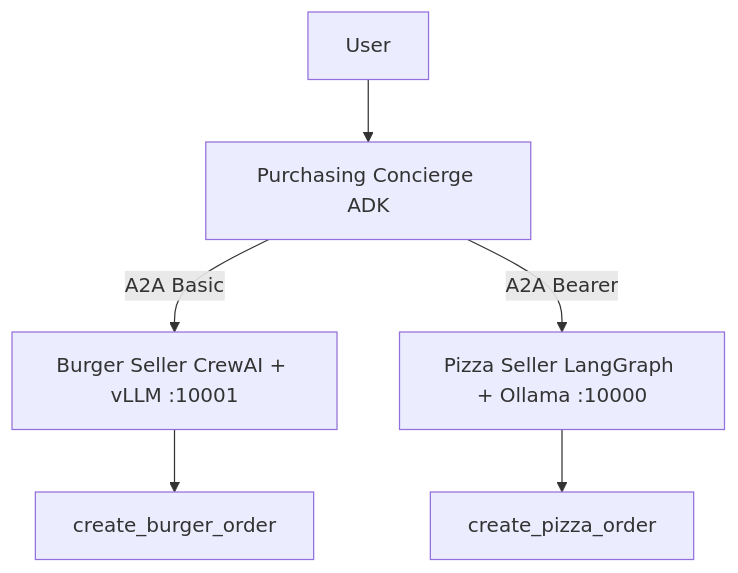
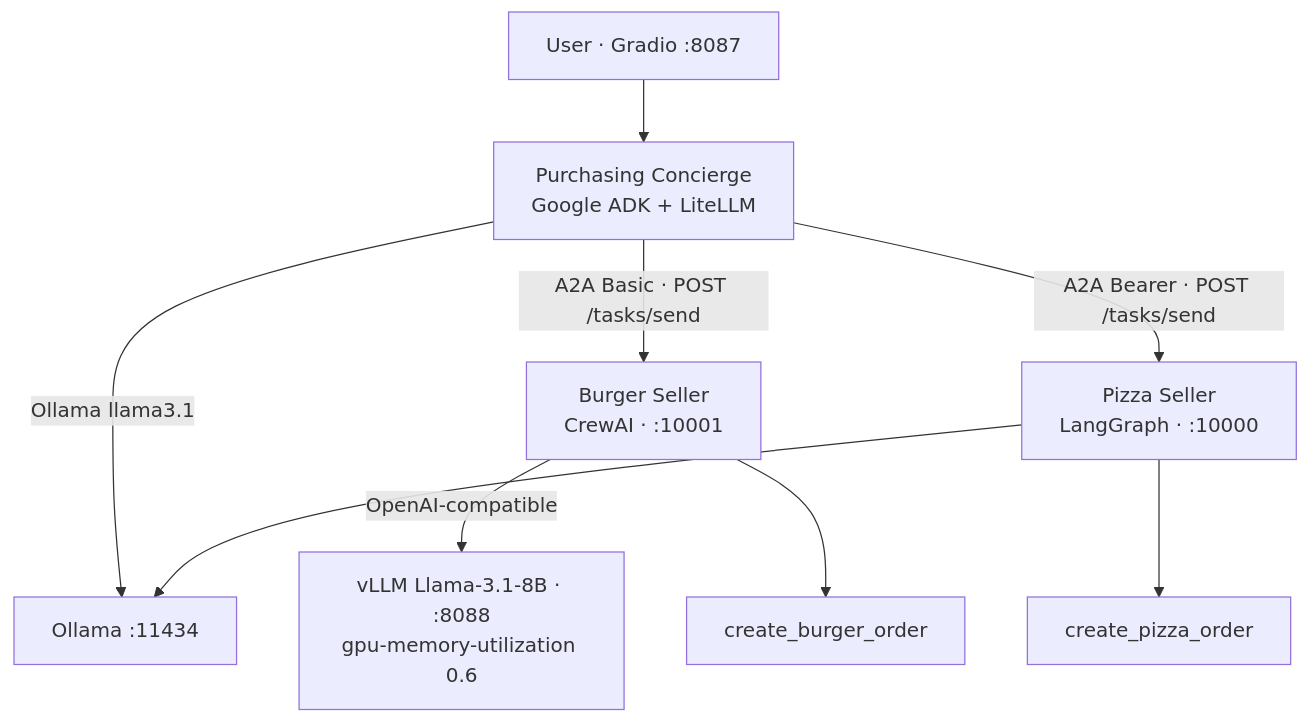
Before and after one commit to ArchanaChetan07/Multi-Agent-AI-Purchasing-System-with-Google-ADK-AMD-Instinct-GPUs: the fifth of 8 diagrams in README.md, drawn with Mermaid. The commit also changed other lines of this file, not shown here.

Commit message:
docs: FAANG-ready README with A2A architecture diagrams and config-backed metrics

````diff
--- a/README.md
+++ b/README.md
@@ -28,8 +127,11 @@
 ```mermaid
 flowchart TD
-  U[User] --> P[Purchasing Concierge ADK]
-  P -->|A2A Basic| B[Burger Seller CrewAI + vLLM :10001]
-  P -->|A2A Bearer| Z[Pizza Seller LangGraph + Ollama :10000]
-  B --> OB[create_burger_order]
-  Z --> OZ[create_pizza_order]
+  U[User · Gradio :8087] --> R[Purchasing Concierge<br/>Google ADK + LiteLLM]
+  R -->|Ollama llama3.1| O[Ollama :11434]
+  R -->|A2A Basic · POST /tasks/send| B[Burger Seller<br/>CrewAI · :10001]
+  R -->|A2A Bearer · POST /tasks/send| P[Pizza Seller<br/>LangGraph · :10000]
+  B -->|OpenAI-compatible| V[vLLM Llama-3.1-8B · :8088<br/>gpu-memory-utilization 0.6]
+  P --> O
+  B --> TB[create_burger_order]
+  P --> TP[create_pizza_order]
 ```
````
